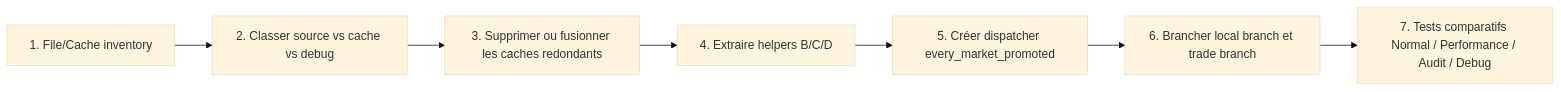
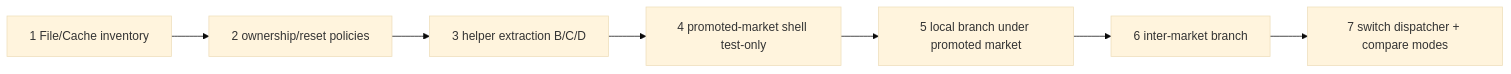
One commit to eu5mod/eu5-no-void-economy changed the third of 3 diagrams in docs/audits/pr126/Q5_flux_logique_global.md. Above: the diagram before and after it, drawn with Mermaid (base theme). The commit also changed other lines of this file and 7 other files, not shown here.

````diff
--- a/docs/audits/pr126/Q5_flux_logique_global.md
+++ b/docs/audits/pr126/Q5_flux_logique_global.md
@@ -232,9 +96,9 @@
 ```mermaid
 flowchart LR
-    A[1. File/Cache inventory] --> B[2. Classer source vs cache vs debug]
-    B --> C[3. Supprimer ou fusionner les caches redondants]
-    C --> D[4. Extraire helpers B/C/D]
-    D --> E[5. Créer dispatcher every_market_promoted]
-    E --> F[6. Brancher local branch et trade branch]
-    F --> G[7. Tests comparatifs Normal / Performance / Audit / Debug]
+    A[1 File/Cache inventory] --> B[2 ownership/reset policies]
+    B --> C[3 helper extraction B/C/D]
+    C --> D[4 promoted-market shell test-only]
+    D --> E[5 local branch under promoted market]
+    E --> F[6 inter-market branch]
+    F --> G[7 switch dispatcher + compare modes]
 ```
````
